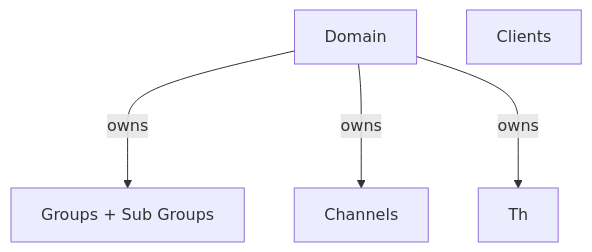
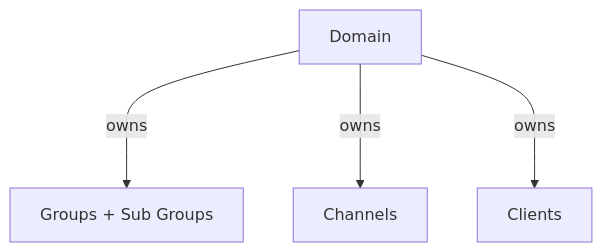
Before and after one commit to absmach/magistrala-docs: the first of 8 diagrams in docs/dev-guide/authorization.md, drawn with Mermaid. The commit also changed other lines of this file and 10 other files, not shown here.

````diff
--- a/docs/dev-guide/authorization.md
+++ b/docs/dev-guide/authorization.md
@@ -18,12 +18,12 @@
 ```mermaid
 graph TD
    Do[Domain]
    Gr["Groups + Sub Groups"]
    Cl[Clients]
    Ch[Channels]
 
    Do --->|owns| Gr
    Do --->|owns| Ch
-   Do --->|owns| Th
+   Do --->|owns| Cl
 
 ```
````
